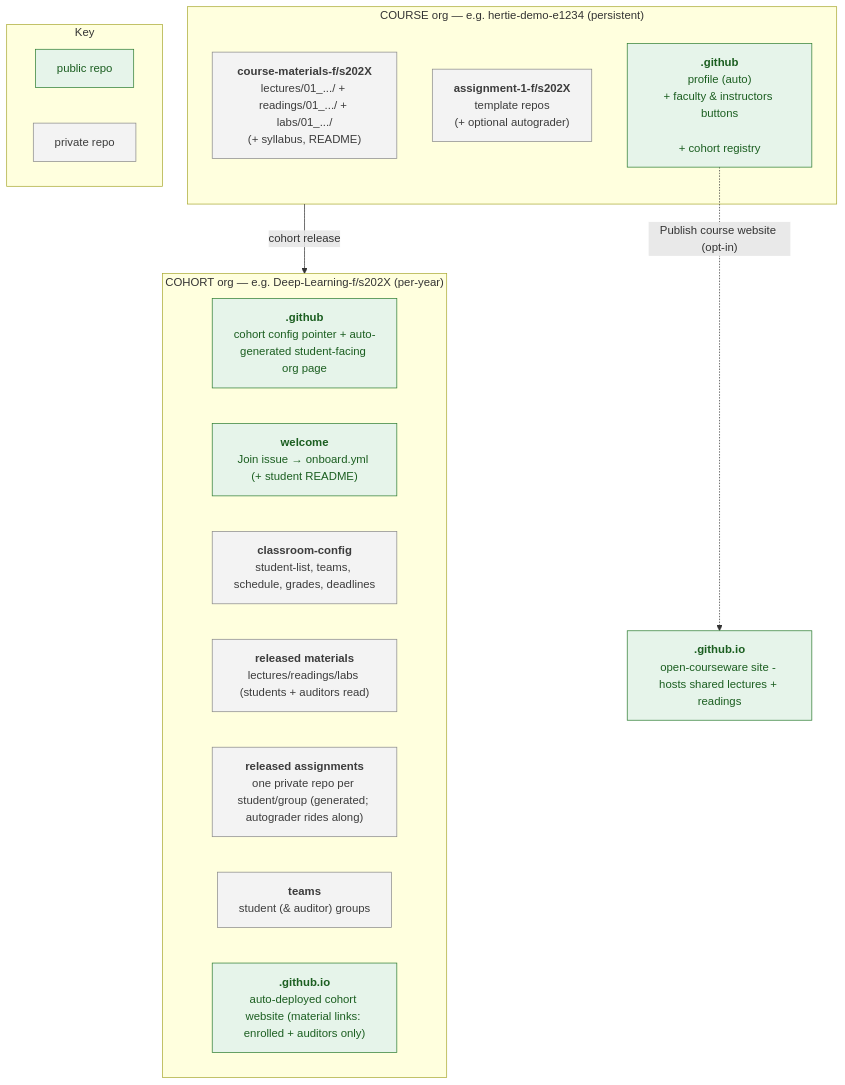
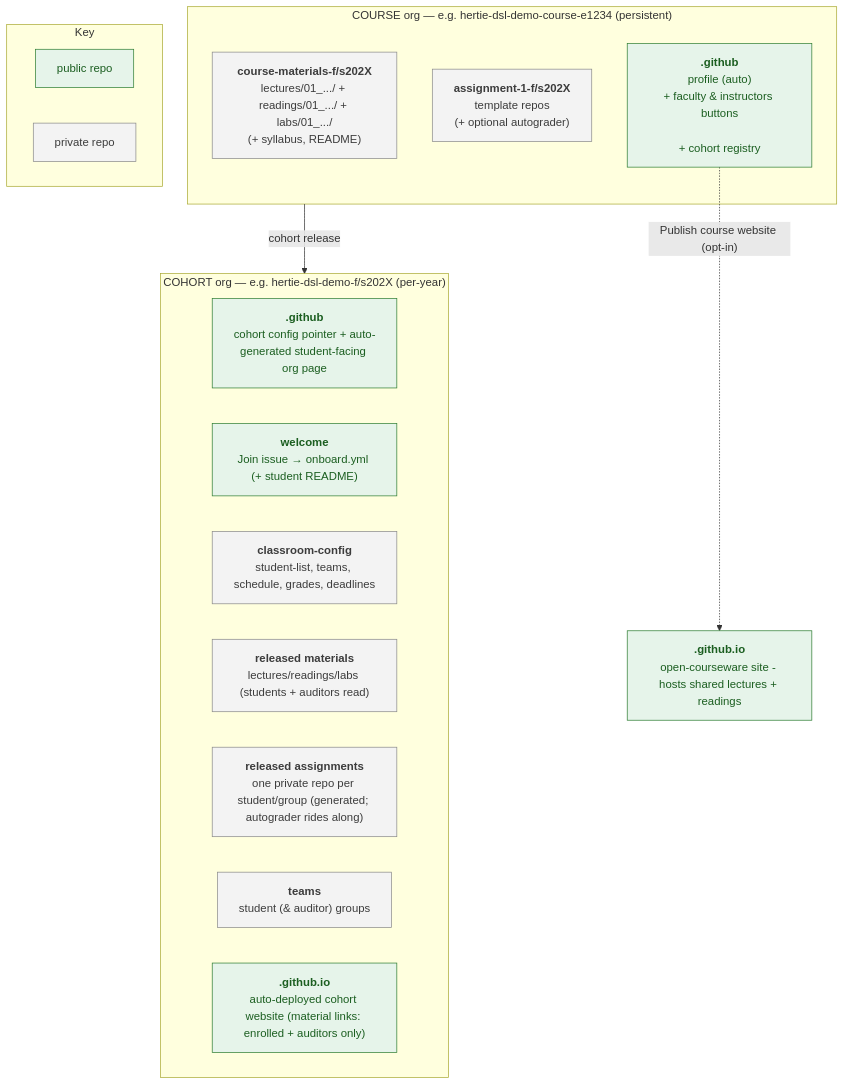
Before and after one commit to hertie-data-science-lab/dsl-teaching-course-setup: the diagram in README.md, drawn with Mermaid. The commit also changed other lines of this file and 25 other files, not shown here.

````diff
--- a/README.md
+++ b/README.md
@@ -39,63 +39,63 @@
 ```mermaid
 flowchart TB
-  subgraph COURSE["COURSE org — e.g. hertie-demo-e1234 (persistent)"]
+  subgraph COURSE["COURSE org — e.g. hertie-dsl-demo-course-e1234 (persistent)"]
     mat["`**course-materials-f/s202X**
 
 lectures/01_.../ + readings/01_.../ + labs/01_.../
 
 (+ syllabus, README)`"]
     tmpl["`**assignment-1-f/s202X**
 
 template repos
 
 (+ optional autograder)`"]
     gh["`**.github**
 
 profile (auto)
 
 + faculty & instructors buttons
 
 + cohort registry`"]
   end
 
-  subgraph COHORT["COHORT org — e.g. Deep-Learning-f/s202X (per-year)"]
+  subgraph COHORT["COHORT org — e.g. hertie-dsl-demo-f/s202X (per-year)"]
     cgh["`**.github**
 
 cohort config pointer + auto-generated student-facing org page`"]
     welcome["`**welcome**
 
 Join issue → onboard.yml (+ student README)`"]
     cfg["`**classroom-config**
 
 student-list, teams, schedule, grades, deadlines`"]
     cmat["`**released materials**
 
 lectures/readings/labs (students + auditors read)`"]
     repos["`**released assignments**
 
 one private repo per student/group (generated; autograder rides along)`"]
     team["`**teams**
 
 student (& auditor) groups`"]
     site["`**<cohort>.github.io**
 
 auto-deployed cohort website (material links: enrolled + auditors only)`"]
   end
 
   pub["`**<course-org>.github.io**
 
 open-courseware site - hosts shared lectures + readings`"]
 
   COURSE -->|"cohort release"| COHORT
   gh -.->|"Publish course website (opt-in)"| pub
 
   subgraph KEY["Key"]
     keypub["public repo"]
     keypriv["private repo"]
   end
 
   classDef public fill:#e6f4ea,stroke:#2e7d32,color:#1b5e20;
   classDef private fill:#f3f3f3,stroke:#8a8a8a,color:#3c3c3c;
   class gh,cgh,welcome,site,pub,keypub public;
   class mat,tmpl,cfg,cmat,repos,team,keypriv private;
 ```
````
